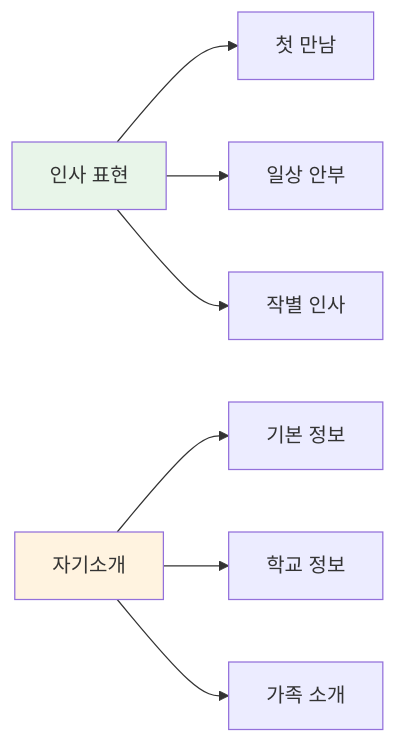
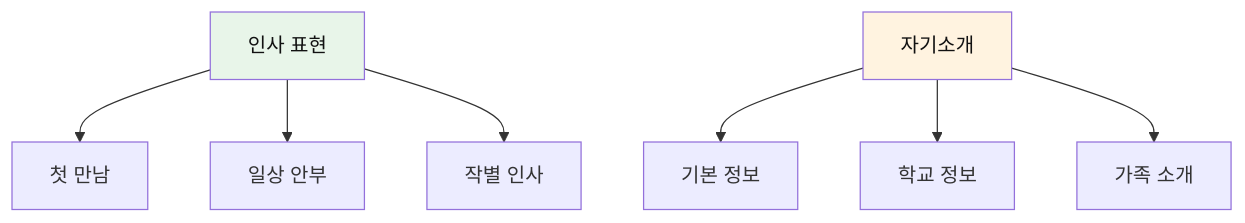
The third of 13 diagrams in 영어_일상_회화/전설의_2_초등_회화_150패턴.md (Collegenie-X/AI-English), drawn with Mermaid before and after one commit. The commit also changed other lines of this file and 26 other files, not shown here.

````diff
--- a/영어_일상_회화/전설의_2_초등_회화_150패턴.md
+++ b/영어_일상_회화/전설의_2_초등_회화_150패턴.md
@@ -68,13 +68,13 @@
 ```mermaid
-flowchart LR
+flowchart TB
     A[인사 표현] --> B[첫 만남]
     A --> C[일상 안부]
     A --> D[작별 인사]
     
     E[자기소개] --> F[기본 정보]
     E --> G[학교 정보]
     E --> H[가족 소개]
     
-    style A fill:#e8f5e9
-    style E fill:#fff3e0
+    style A fill:#e8f5e9,color:#111
+    style E fill:#fff3e0,color:#111
 ```
````
